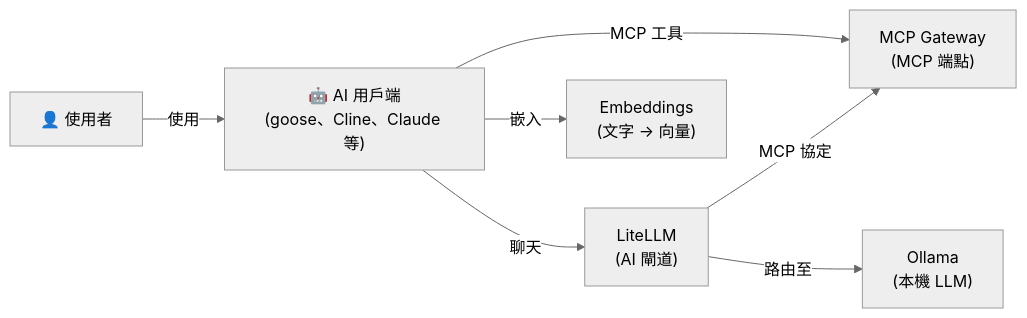
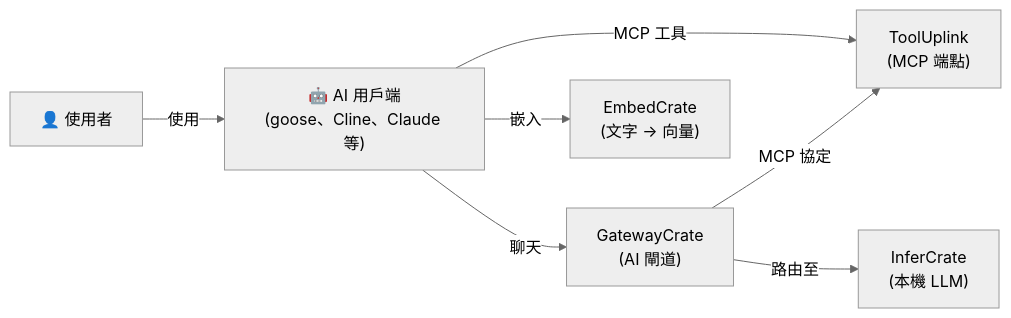
One commit to hwdsl2/self-hosted-ai-stack changed the diagram in stacks/code-assistant/README-zh-Hant.md. Above: the diagram before and after it, drawn with Mermaid (neutral theme). The commit also changed other lines of this file and 47 other files, not shown here.

````diff
--- a/stacks/code-assistant/README-zh-Hant.md
+++ b/stacks/code-assistant/README-zh-Hant.md
@@ -17,9 +17,9 @@
 ```mermaid
 graph LR
     U["👤 使用者"] -->|使用| C["🤖 AI 用戶端<br/>(goose、Cline、Claude 等)"]
-    C -->|MCP 工具| M["MCP Gateway<br/>(MCP 端點)"]
-    C -->|聊天| L["LiteLLM<br/>(AI 閘道)"]
-    L -->|路由至| O["Ollama<br/>(本機 LLM)"]
+    C -->|MCP 工具| M["ToolUplink<br/>(MCP 端點)"]
+    C -->|聊天| L["GatewayCrate<br/>(AI 閘道)"]
+    L -->|路由至| O["InferCrate<br/>(本機 LLM)"]
     L -->|MCP 協定| M
-    C -->|嵌入| E["Embeddings<br/>(文字 → 向量)"]
+    C -->|嵌入| E["EmbedCrate<br/>(文字 → 向量)"]
 ```
````
